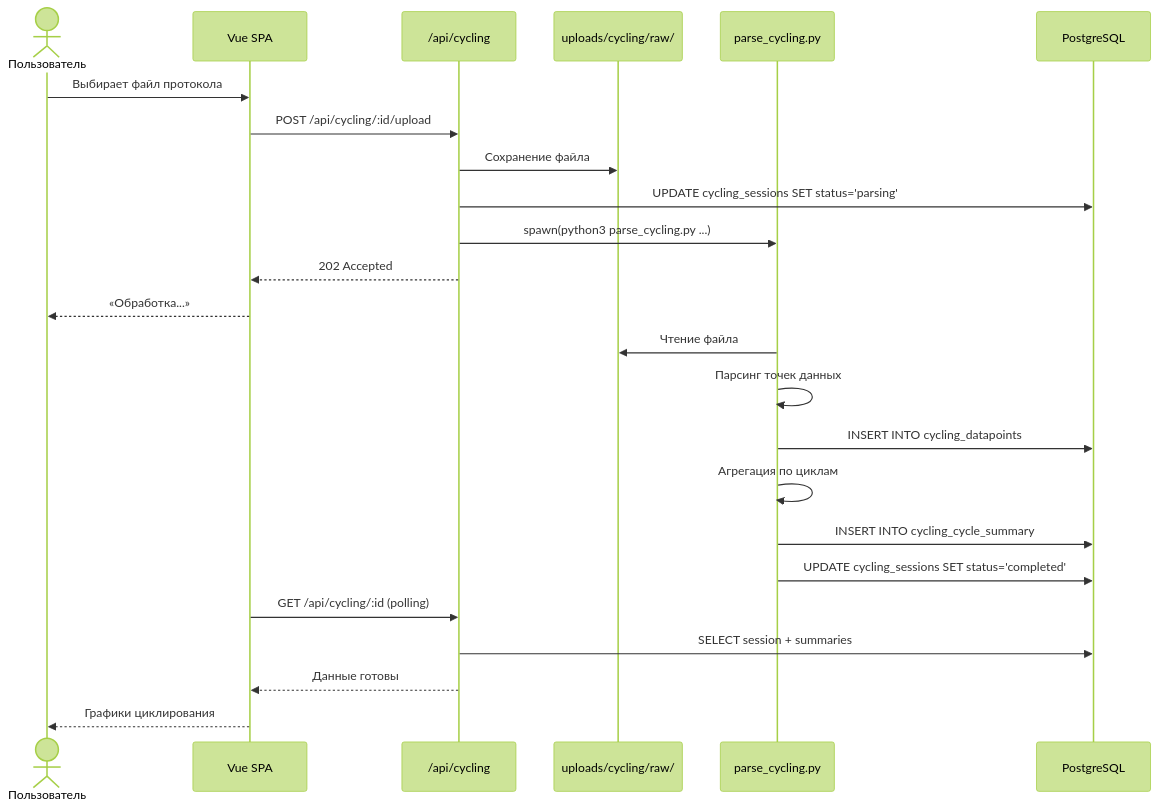
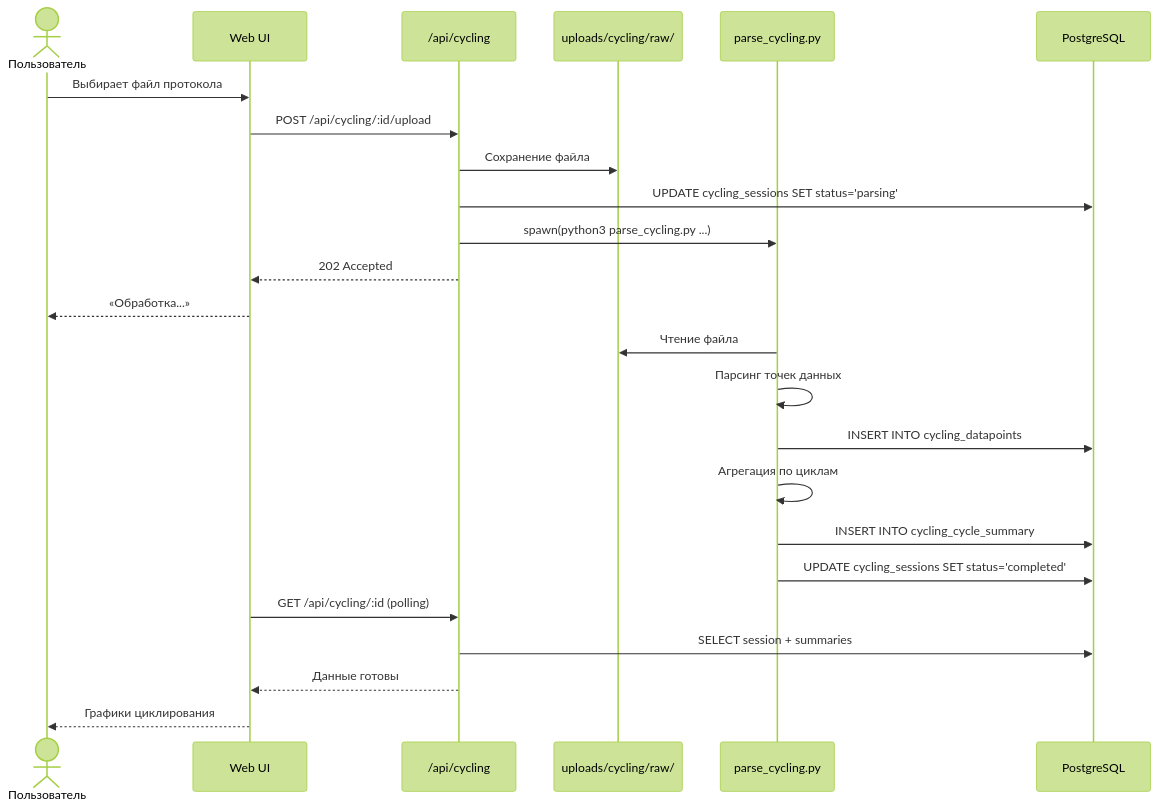
Diagram 15 of 15 in Документация ЕСПД/03. Пояснительная записка.md (chem-coder/BADB---Battery-Assembly-Database), drawn with Mermaid (forest theme) before and after one commit. The commit also changed other lines of this file and 8 other files, not shown here.

````diff
--- a/Документация ЕСПД/03. Пояснительная записка.md
+++ b/Документация ЕСПД/03. Пояснительная записка.md
@@ -1024,29 +1019,29 @@
 ```mermaid
 sequenceDiagram
     actor Пользователь
-    participant UI as Vue SPA
+    participant UI as Web UI
     participant API as /api/cycling
     participant FS as uploads/cycling/raw/
     participant PY as parse_cycling.py
     participant DB as PostgreSQL
     
     Пользователь->>UI: Выбирает файл протокола
     UI->>API: POST /api/cycling/:id/upload
     API->>FS: Сохранение файла
     API->>DB: UPDATE cycling_sessions SET status='parsing'
     API->>PY: spawn(python3 parse_cycling.py ...)
     API-->>UI: 202 Accepted
     UI-->>Пользователь: «Обработка...»
     
     PY->>FS: Чтение файла
     PY->>PY: Парсинг точек данных
     PY->>DB: INSERT INTO cycling_datapoints
     PY->>PY: Агрегация по циклам
     PY->>DB: INSERT INTO cycling_cycle_summary
     PY->>DB: UPDATE cycling_sessions SET status='completed'
     
     UI->>API: GET /api/cycling/:id (polling)
     API->>DB: SELECT session + summaries
     API-->>UI: Данные готовы
     UI-->>Пользователь: Графики циклирования
 ```
````
